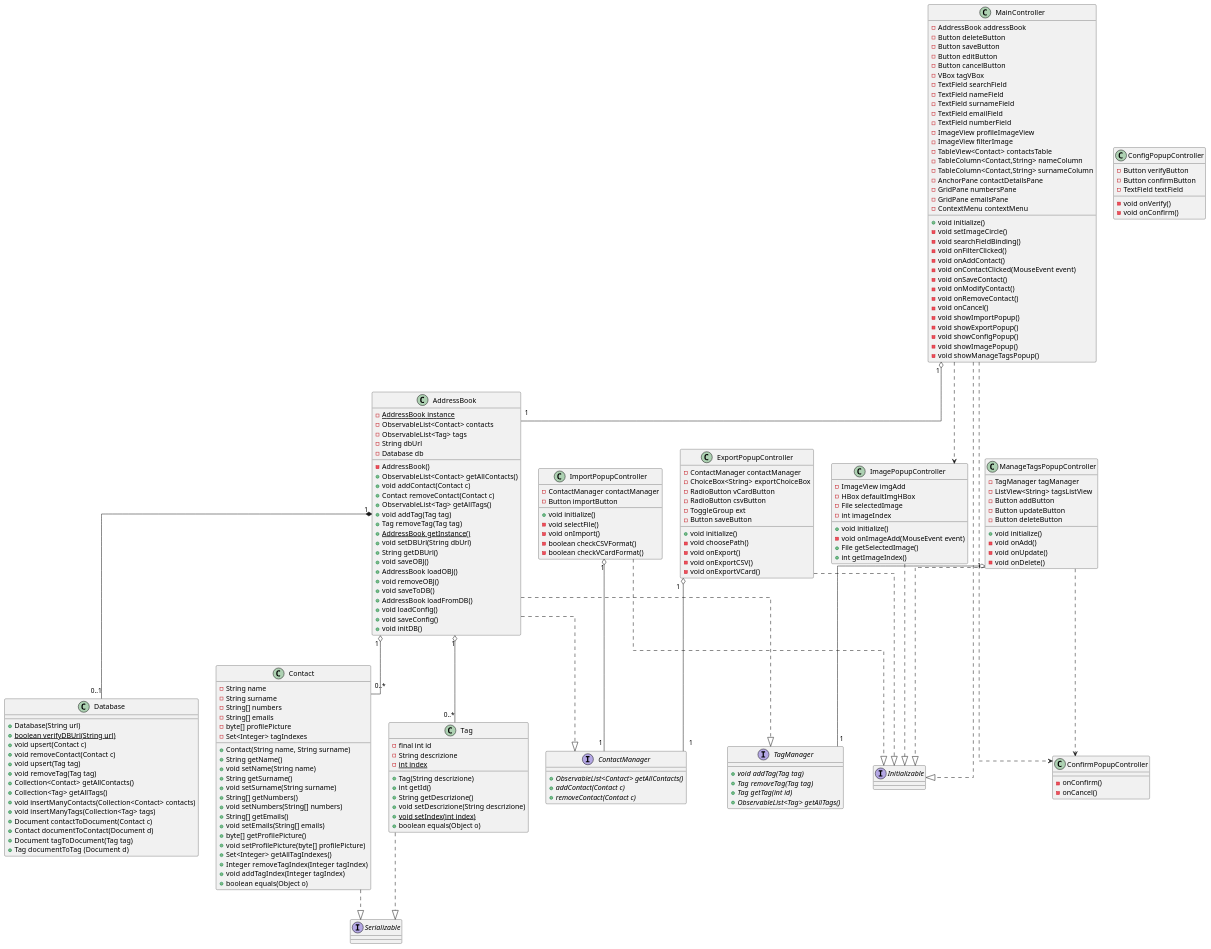
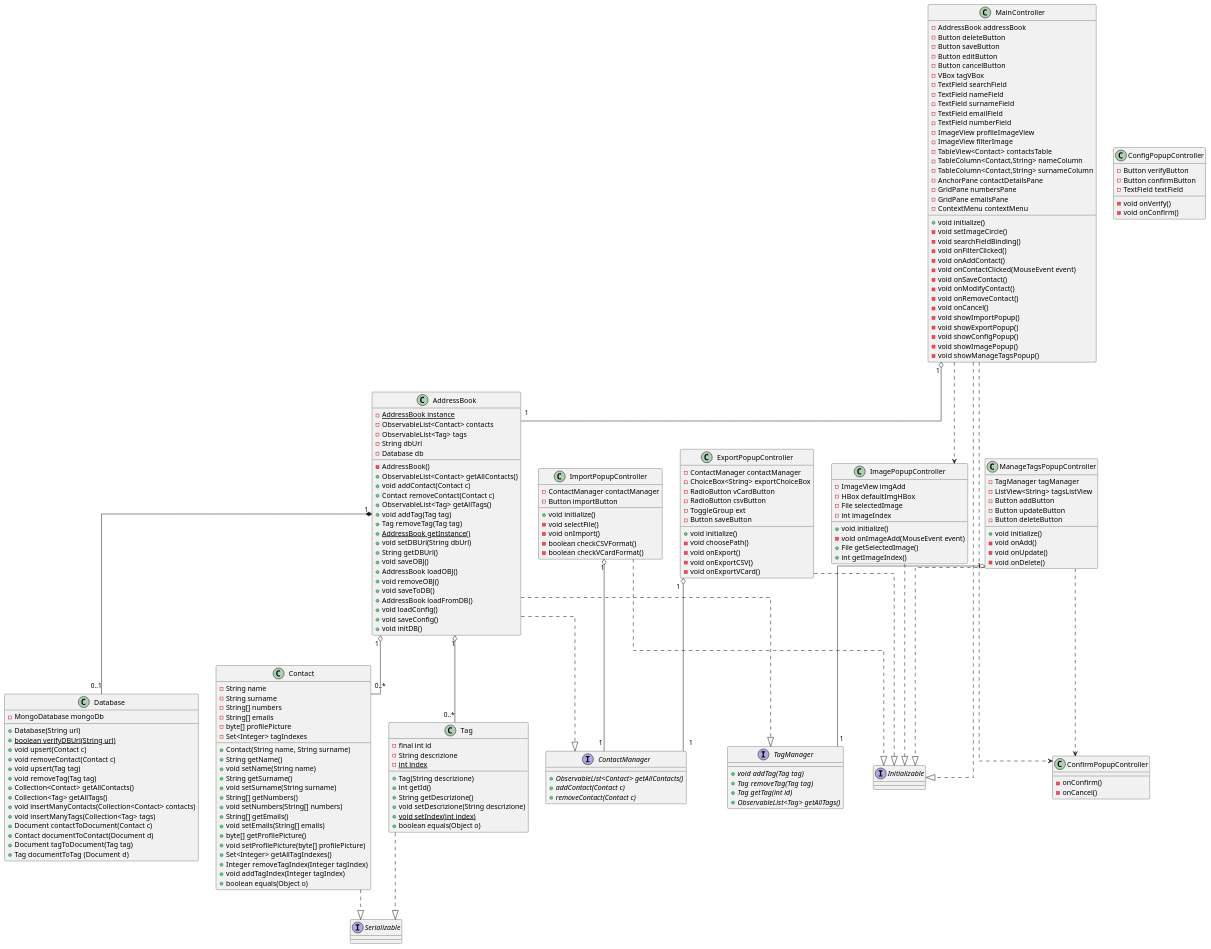
The diagram in documenti/diagrammi di classe/puml/diagrammaClassi.puml (savaava/ProgettoRubrica), drawn with PlantUML before and after one commit.

Commit message:
aggiunta mongoDb attributo

```diff
--- a/documenti/diagrammi di classe/puml/diagrammaClassi.puml
+++ b/documenti/diagrammi di classe/puml/diagrammaClassi.puml
@@ -174,6 +174,8 @@
 }
 
 class Database {
+    - MongoDatabase mongoDb
+    
     + Database(String url)
     + {static} boolean verifyDBUrl(String url)
     + void upsert(Contact c)
```
